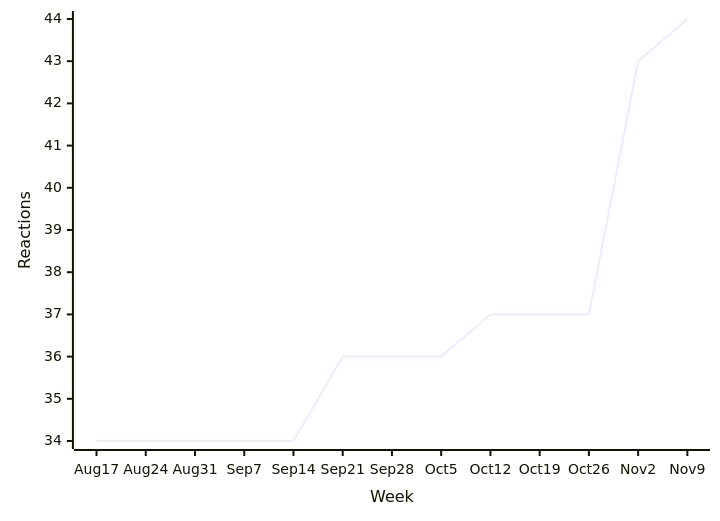
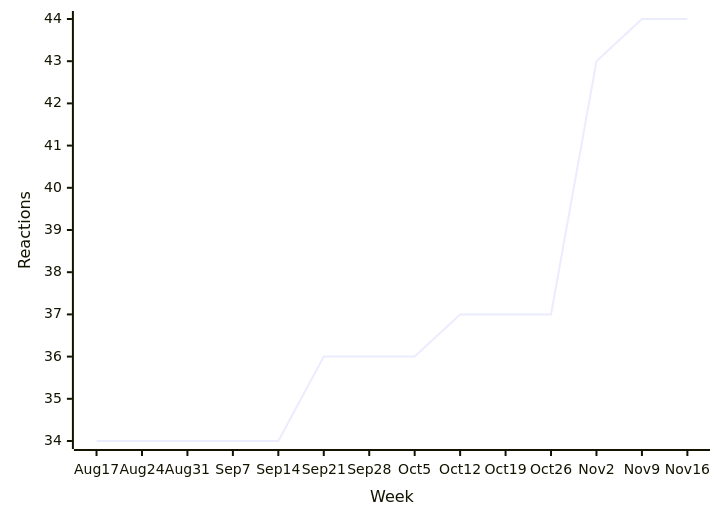
Before and after one commit to loic-sharma/github-insights: diagram 15 of 38 in README.md, drawn with Mermaid. The commit also changed other lines of this file and 3 other files, not shown here.

````diff
--- a/README.md
+++ b/README.md
@@ -562,6 +562,6 @@
   ```mermaid
   xychart-beta
-    x-axis "Week" [Aug 17, Aug 24, Aug 31, Sep 7, Sep 14, Sep 21, Sep 28, Oct 5, Oct 12, Oct 19, Oct 26, Nov 2, Nov 9]
+    x-axis "Week" [Aug 17, Aug 24, Aug 31, Sep 7, Sep 14, Sep 21, Sep 28, Oct 5, Oct 12, Oct 19, Oct 26, Nov 2, Nov 9, Nov 16]
     y-axis "Reactions"
-    line [34, 34, 34, 34, 34, 36, 36, 36, 37, 37, 37, 43, 44]
+    line [34, 34, 34, 34, 34, 36, 36, 36, 37, 37, 37, 43, 44, 44]
   ```
````
